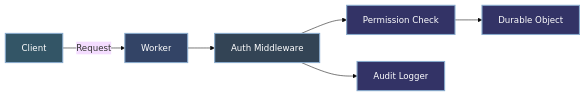
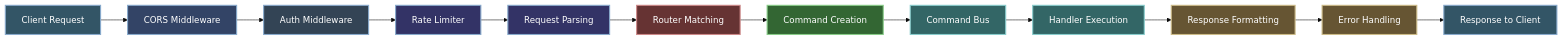
The second of 24 diagrams in docs/ARCHITECTURE.md (erfianugrah/api-gateway-workers), drawn with Mermaid (base theme) before and after one commit. The commit also changed other lines of this file and 69 other files, not shown here.

````diff
--- a/docs/ARCHITECTURE.md
+++ b/docs/ARCHITECTURE.md
@@ -40,15 +66,27 @@
 ```mermaid
 flowchart LR
-    A[Client] -->|Request| B[Worker]
-    B --> C[Auth Middleware]
-    C --> D[Permission Check]
-    C --> E[Audit Logger]
-    D --> F[Durable Object]
+    A["Client Request"] --> B["CORS Middleware"]
+    B --> C["Auth Middleware"]
+    C --> D["Rate Limiter"]
+    D --> E["Request Parsing"]
+    E --> F["Router Matching"]
+    F --> G["Command Creation"]
+    G --> H["Command Bus"]
+    H --> I["Handler Execution"]
+    I --> J["Response Formatting"]
+    J --> K["Error Handling"]
+    K --> L["Response to Client"]
     
     style A fill:#335566,stroke:#88aacc,stroke-width:2px,color:#ffffff
     style B fill:#334466,stroke:#88aacc,stroke-width:2px,color:#ffffff
     style C fill:#334455,stroke:#88aacc,stroke-width:2px,color:#ffffff
     style D fill:#333366,stroke:#88aacc,stroke-width:2px,color:#ffffff
     style E fill:#333366,stroke:#88aacc,stroke-width:2px,color:#ffffff
-    style F fill:#333366,stroke:#88aacc,stroke-width:2px,color:#ffffff
+    style F fill:#663333,stroke:#cc8888,stroke-width:2px,color:#ffffff
+    style G fill:#336633,stroke:#88cc88,stroke-width:2px,color:#ffffff
+    style H fill:#336666,stroke:#88cccc,stroke-width:2px,color:#ffffff
+    style I fill:#336666,stroke:#88cccc,stroke-width:2px,color:#ffffff
+    style J fill:#665533,stroke:#ccbb88,stroke-width:2px,color:#ffffff
+    style K fill:#665533,stroke:#ccbb88,stroke-width:2px,color:#ffffff
+    style L fill:#335566,stroke:#88aacc,stroke-width:2px,color:#ffffff
 ```
````
